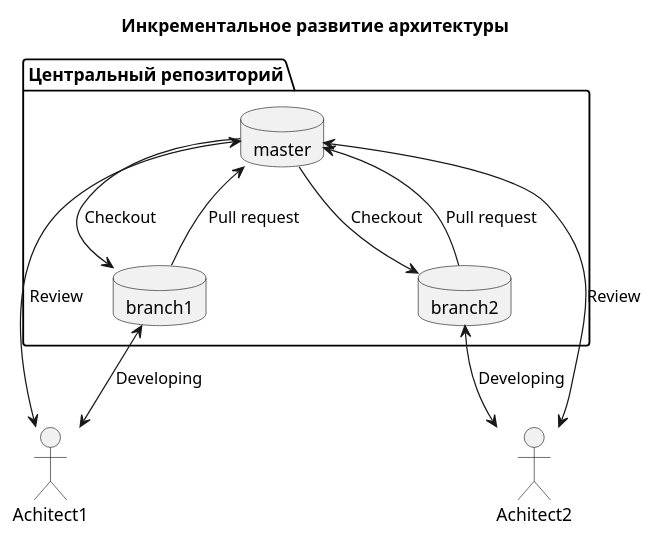
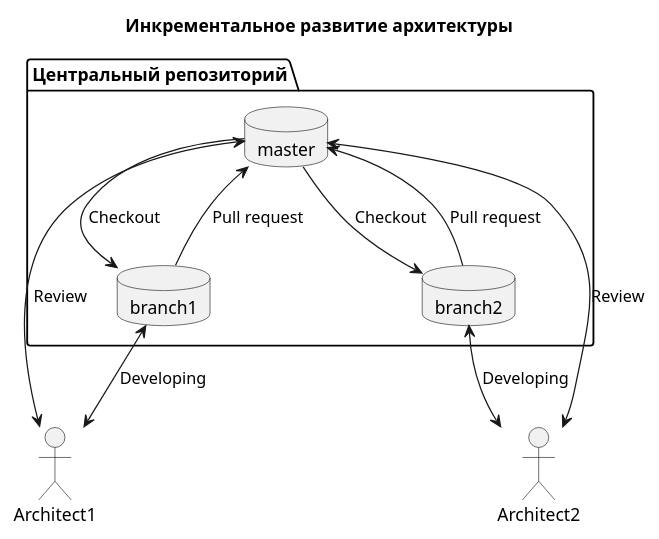
One commit to ypolosov/DocHub changed the diagram in public/docs/conception/archver.puml. Above: the diagram before and after it, drawn with PlantUML. The commit also changed 11 other files, not shown here.

```diff
--- a/public/docs/conception/archver.puml
+++ b/public/docs/conception/archver.puml
@@ -1,24 +1,24 @@
 @startuml
 title "Инкрементальное развитие архитектуры"
 
 package "Центральный репозиторий" {
     database master as master
     database branch1 as branch1
     database branch2 as branch2
 }
 
 master --> branch1: Checkout
 master --> branch2: Checkout
 master <-- branch1: Pull request
 master <-- branch2: Pull request
 
-actor Achitect1 as achitect1
-actor Achitect2 as achitect2
+actor Architect1 as architect1
+actor Architect2 as architect2
 
-achitect1 <-up-> branch1: Developing
-achitect2 <-up-> branch2: Developing
+architect1 <-up-> branch1: Developing
+architect2 <-up-> branch2: Developing
 
 
-achitect1 <-up-> master: Review
-achitect2 <-up-> master: Review
+architect1 <-up-> master: Review
+architect2 <-up-> master: Review
 @enduml
```
